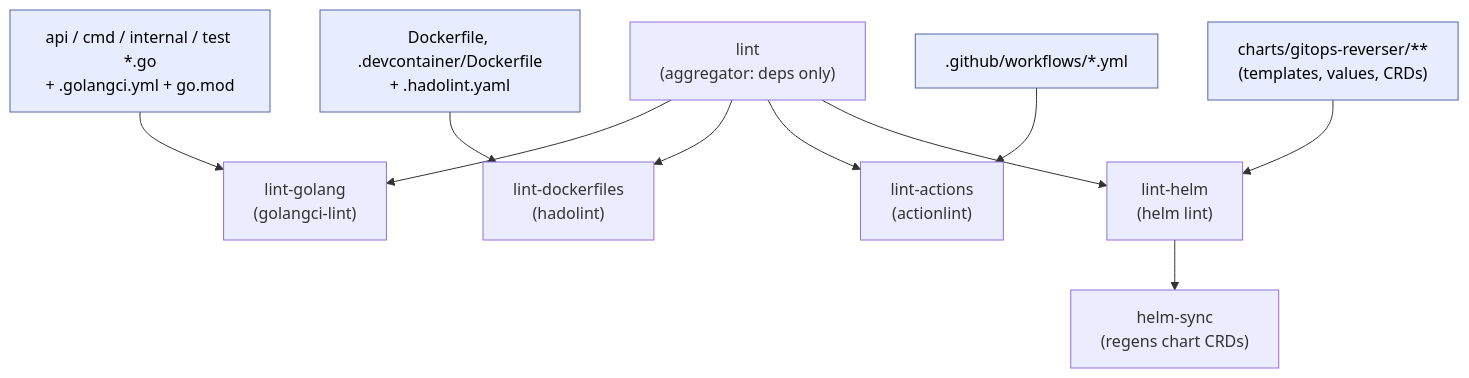
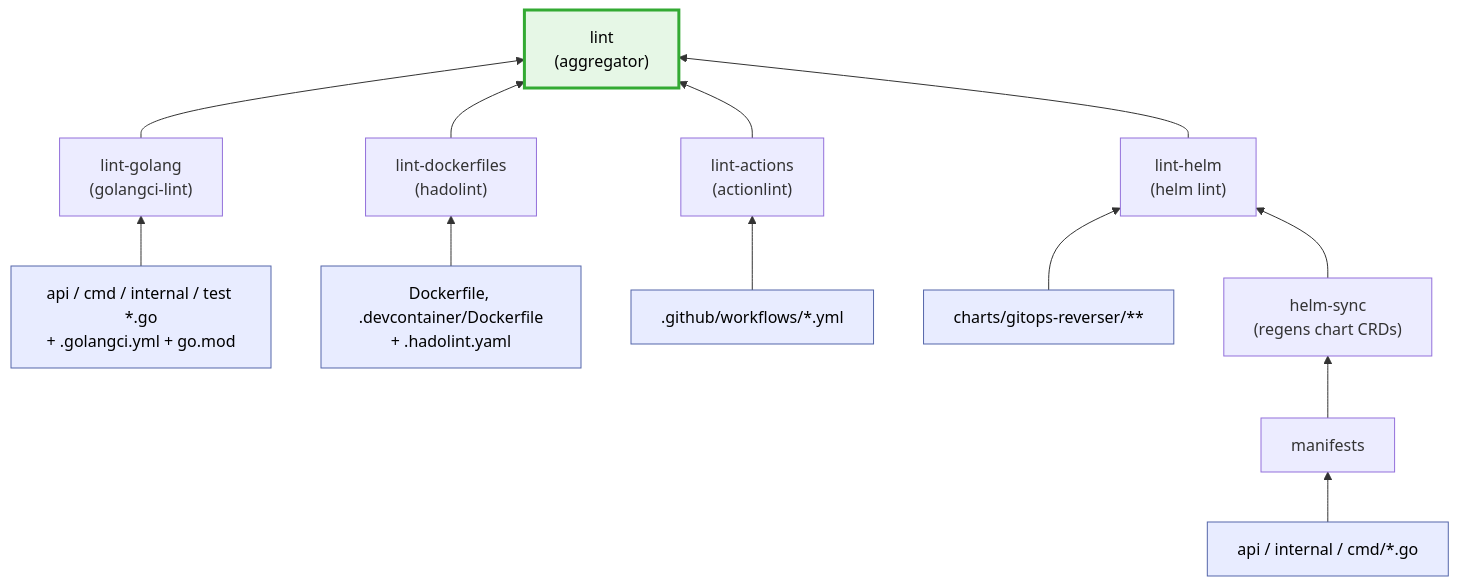
One commit to ConfigButler/gitops-reverser changed the second of 5 diagrams in docs/tasks-overview.md. Above: the diagram before and after it, drawn with Mermaid. The commit also changed other lines of this file, not shown here.

Commit message:
chore: improving graphical overview of DAGs

````diff
--- a/docs/tasks-overview.md
+++ b/docs/tasks-overview.md
@@ -148,19 +105,22 @@
 ```mermaid
-graph TD
+flowchart BT
   classDef src fill:#e8ecff,stroke:#5566aa,color:#000;
+  classDef key fill:#e6f7e6,stroke:#33aa33,stroke-width:3px,color:#000;
+
   GO["api / cmd / internal / test *.go<br/>+ .golangci.yml + go.mod"]:::src
   DOCKER["Dockerfile, .devcontainer/Dockerfile<br/>+ .hadolint.yaml"]:::src
   WF[".github/workflows/*.yml"]:::src
-  HELM["charts/gitops-reverser/**<br/>(templates, values, CRDs)"]:::src
+  CHART["charts/gitops-reverser/**"]:::src
+  API["api / internal / cmd/*.go"]:::src
 
-  LINT["lint<br/>(aggregator: deps only)"]
-  LINT --> LGO["lint-golang<br/>(golangci-lint)"]
-  LINT --> DLINT["lint-dockerfiles<br/>(hadolint)"]
-  LINT --> ALINT["lint-actions<br/>(actionlint)"]
-  LINT --> HLINT["lint-helm<br/>(helm lint)"]
-  HLINT --> SYNC["helm-sync<br/>(regens chart CRDs)"]
   GO --> LGO
   DOCKER --> DLINT
   WF --> ALINT
-  HELM --> HLINT
+  API --> manifests --> SYNC["helm-sync<br/>(regens chart CRDs)"]
+  CHART --> HLINT
+  SYNC --> HLINT["lint-helm<br/>(helm lint)"]
+  LGO["lint-golang<br/>(golangci-lint)"] --> LINT["lint<br/>(aggregator)"]:::key
+  DLINT["lint-dockerfiles<br/>(hadolint)"] --> LINT
+  ALINT["lint-actions<br/>(actionlint)"] --> LINT
+  HLINT --> LINT
 ```
````
